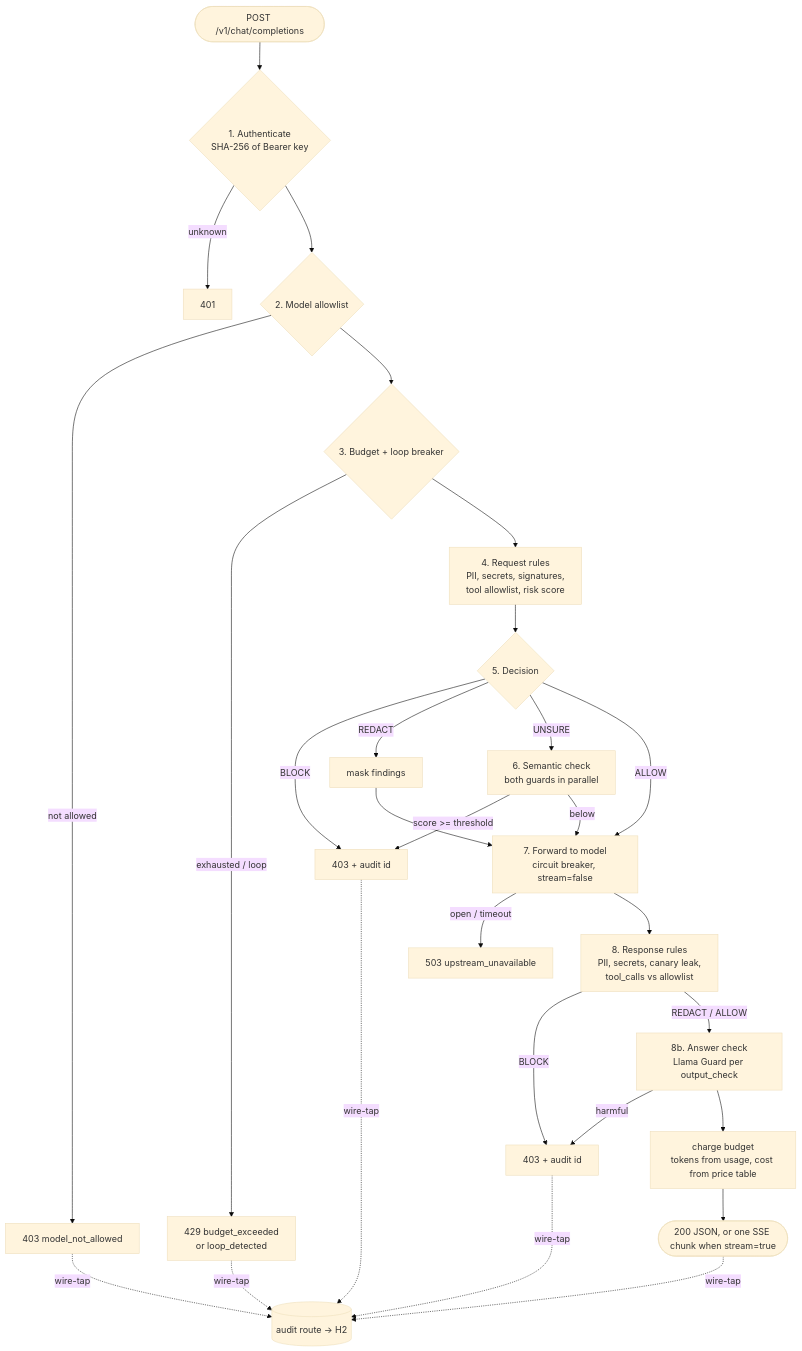
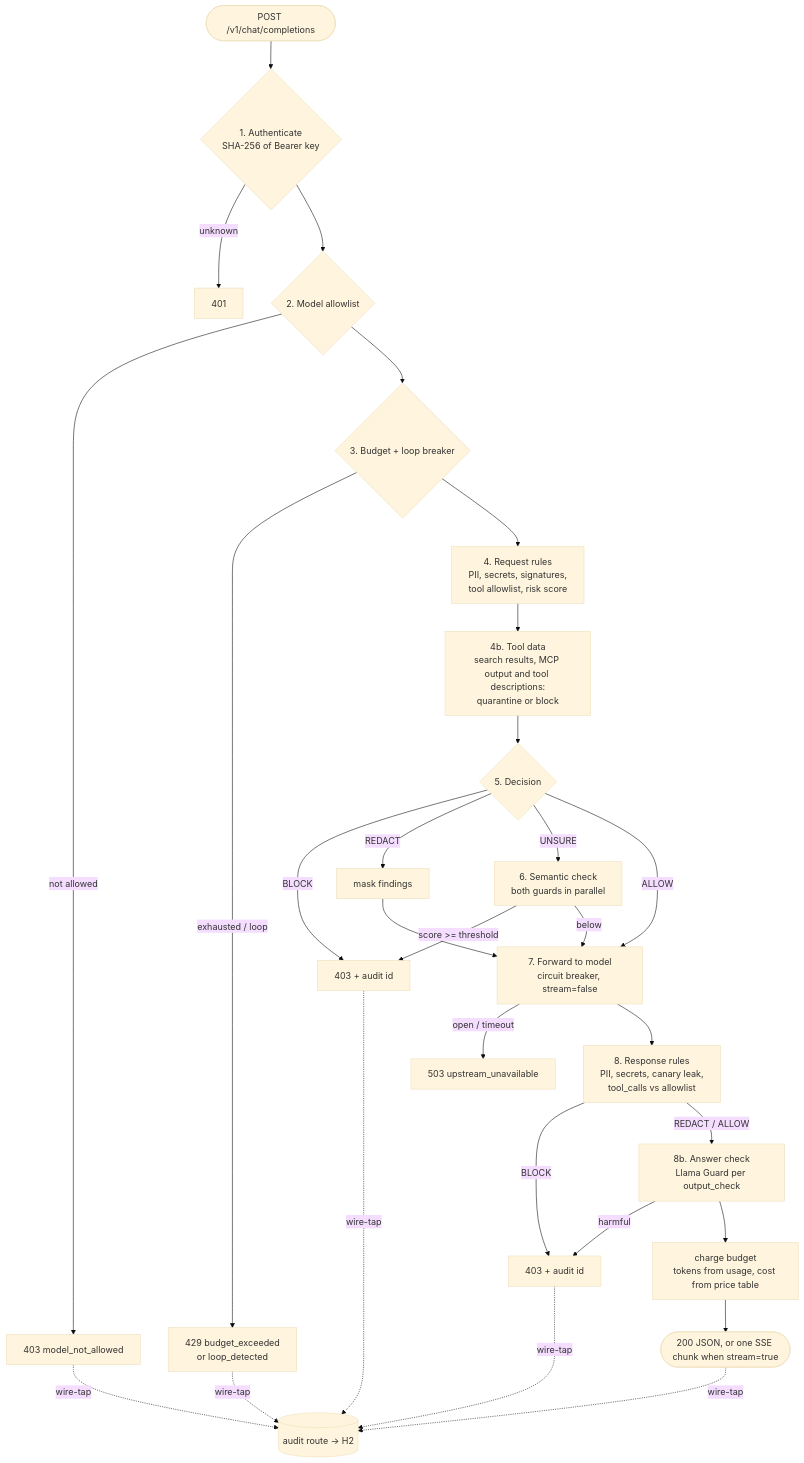
Before and after one commit to k-krawczyk/aigate: the second of 4 diagrams in docs/ARCHITECTURE.md, drawn with Mermaid (base theme). The commit also changed other lines of this file and 19 other files, not shown here.

````diff
--- a/docs/ARCHITECTURE.md
+++ b/docs/ARCHITECTURE.md
@@ -60,26 +60,27 @@
 ```mermaid
 flowchart TD
     IN([POST /v1/chat/completions]) --> AUTH{1. Authenticate<br/>SHA-256 of Bearer key}
     AUTH -- unknown --> R401[401]
     AUTH --> MODEL{2. Model allowlist}
     MODEL -- not allowed --> R403a[403 model_not_allowed]
     MODEL --> BUD{3. Budget + loop breaker}
     BUD -- exhausted / loop --> R429[429 budget_exceeded<br/>or loop_detected]
     BUD --> RULES[4. Request rules<br/>PII, secrets, signatures,<br/>tool allowlist, risk score]
-    RULES --> DEC{5. Decision}
+    RULES --> TD[4b. Tool data<br/>search results, MCP output and tool descriptions:<br/>quarantine or block]
+    TD --> DEC{5. Decision}
     DEC -- BLOCK --> R403b[403 + audit id]
     DEC -- REDACT --> MASK[mask findings] --> FWD
     DEC -- UNSURE --> SEM[6. Semantic check<br/>both guards in parallel]
     DEC -- ALLOW --> FWD
     SEM -- score >= threshold --> R403b
     SEM -- below --> FWD
     FWD[7. Forward to model<br/>circuit breaker, stream=false] -- open / timeout --> R503[503 upstream_unavailable]
     FWD --> OUT[8. Response rules<br/>PII, secrets, canary leak,<br/>tool_calls vs allowlist]
     OUT -- BLOCK --> R403c[403 + audit id]
     OUT -- REDACT / ALLOW --> OSEM[8b. Answer check<br/>Llama Guard per output_check]
     OSEM -- harmful --> R403c
     OSEM --> CHARGE[charge budget<br/>tokens from usage, cost from price table]
     CHARGE --> RESP([200 JSON, or one SSE chunk when stream=true])
 
     R403a & R403b & R403c & R429 & RESP -. wire-tap .-> AUD[(audit route -> H2)]
 ```
````
